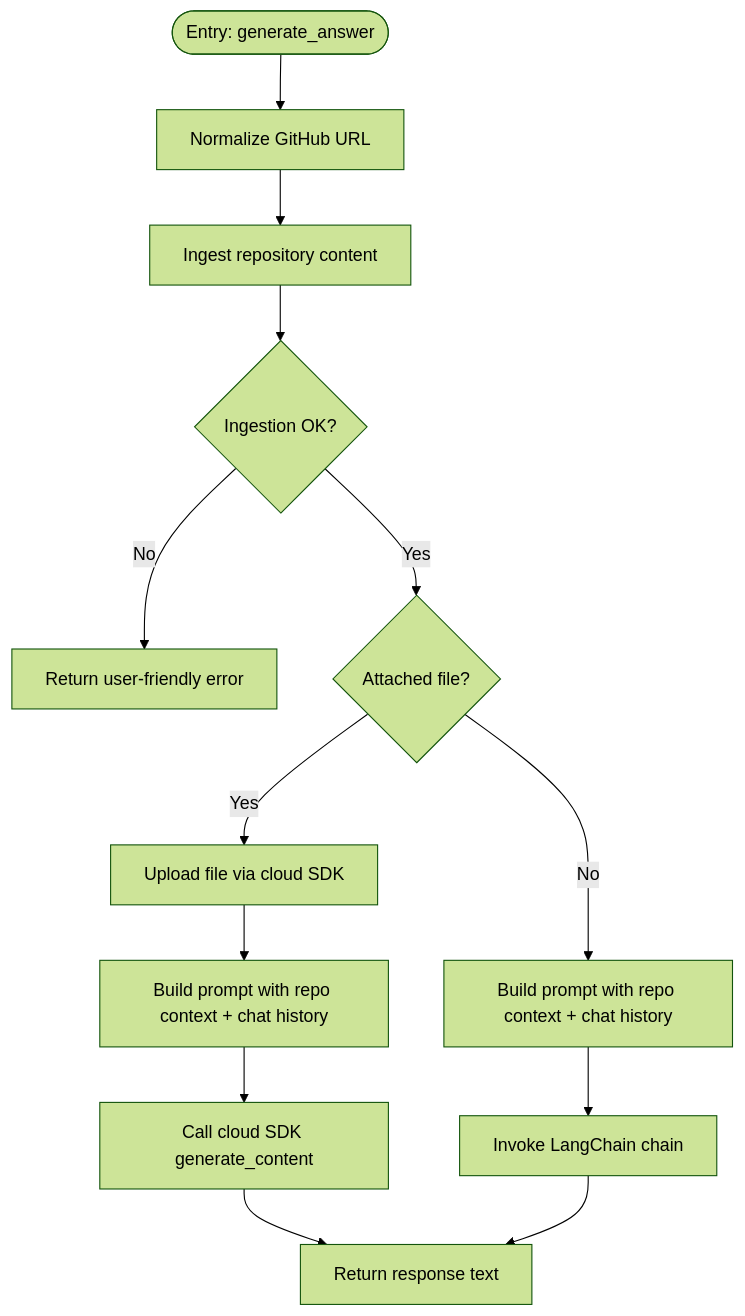
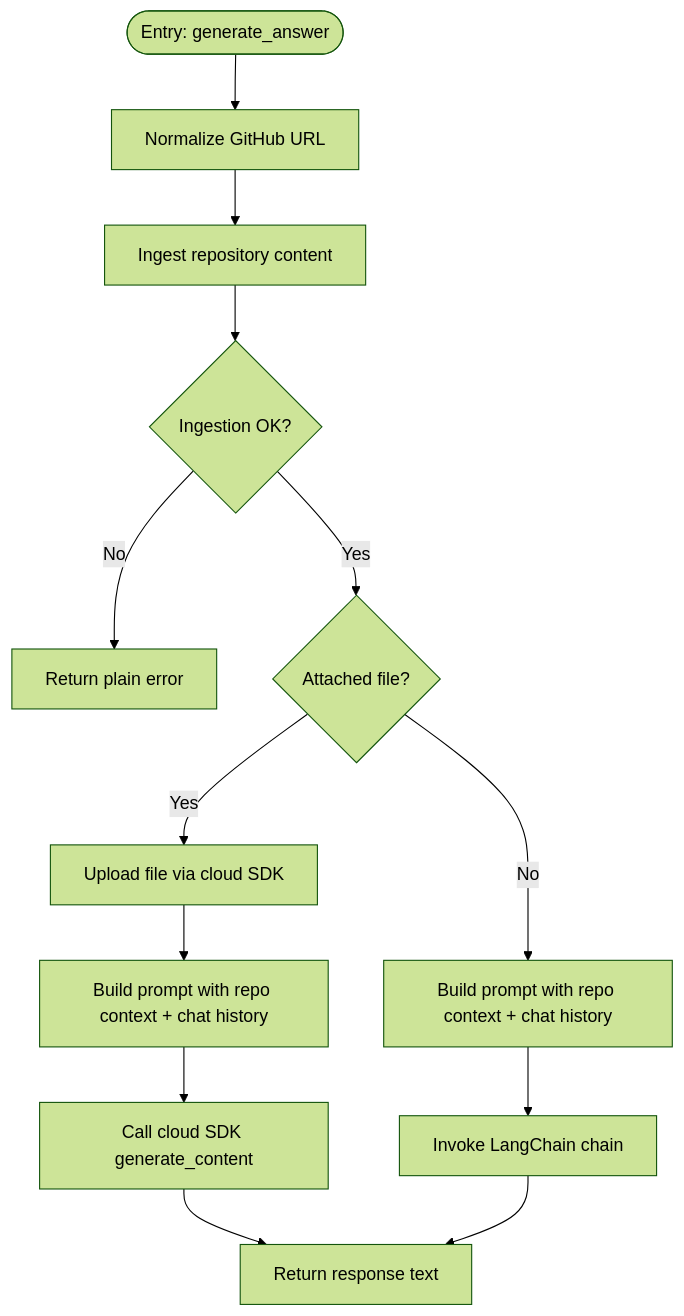
The third of 5 diagrams in src/data/docs/agentic-browser/API Server/GitHub Integration API.md (tashifkhan/tashif.codes), drawn with Mermaid (forest theme) before and after one commit. The commit also changed other lines of this file and 2128 other files, not shown here.

First line of the commit message:
docs: replace raster diagram images with native Mermaid across project guides

````diff
--- a/src/data/docs/agentic-browser/API Server/GitHub Integration API.md
+++ b/src/data/docs/agentic-browser/API Server/GitHub Integration API.md
@@ -101,15 +94,15 @@
 ```mermaid
 flowchart TD
 Start(["Entry: generate_answer"]) --> Normalize["Normalize GitHub URL"]
 Normalize --> Ingest["Ingest repository content"]
 Ingest --> IngestOK{"Ingestion OK?"}
-IngestOK --> |No| HandleError["Return user-friendly error"]
+IngestOK --> |No| HandleError["Return plain error"]
 IngestOK --> |Yes| AttachFile{"Attached file?"}
 AttachFile --> |Yes| UploadFile["Upload file via cloud SDK"]
 UploadFile --> BuildPrompt["Build prompt with repo context + chat history"]
 BuildPrompt --> CallLLM["Call cloud SDK generate_content"]
 CallLLM --> ReturnAnswer["Return response text"]
 AttachFile --> |No| BuildPrompt2["Build prompt with repo context + chat history"]
 BuildPrompt2 --> InvokeChain["Invoke LangChain chain"]
 InvokeChain --> ReturnAnswer
 ```
````
